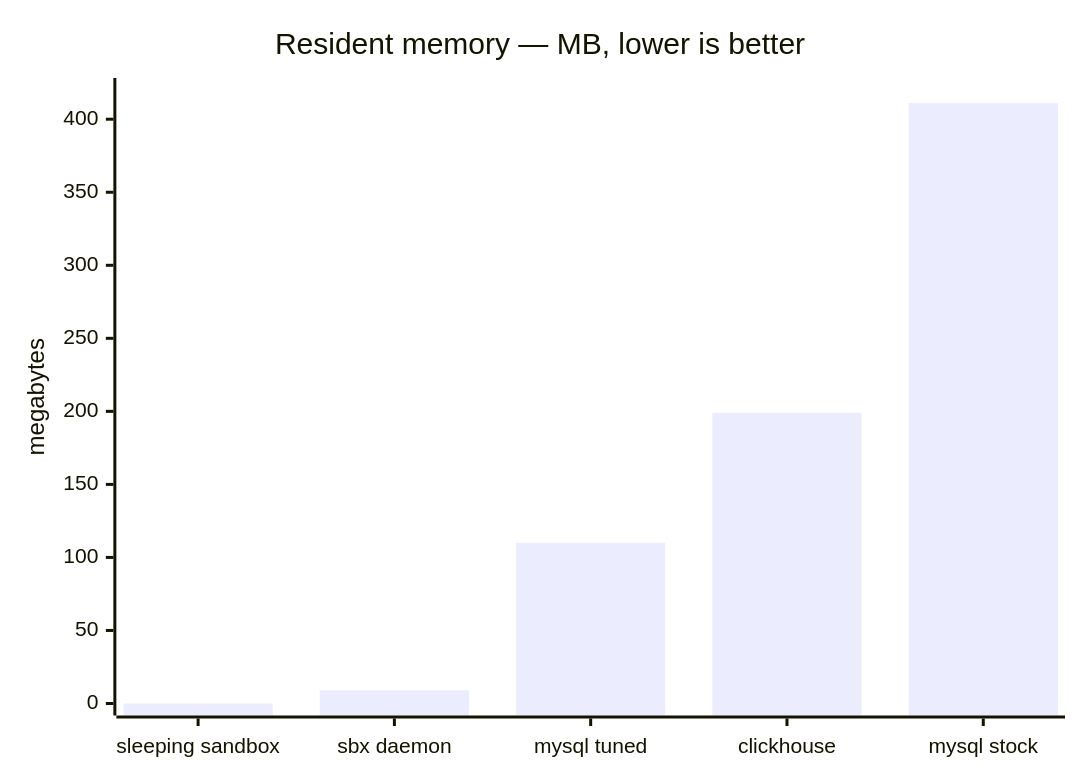
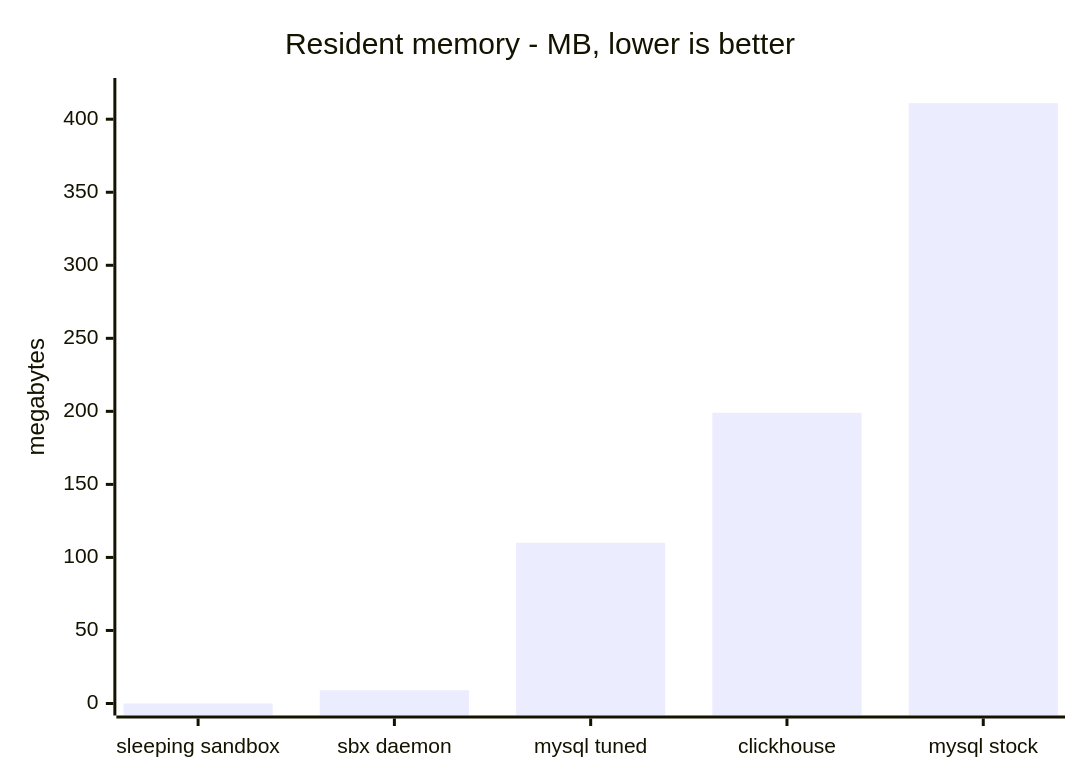
One commit to aryanmehrotra/sbx changed the fourth of 4 diagrams in README.md. Above: the diagram before and after it, drawn with Mermaid. The commit also changed other lines of this file and 102 other files, not shown here.

````diff
--- a/README.md
+++ b/README.md
@@ -275,7 +275,7 @@
 ```mermaid
 xychart-beta
-    title "Resident memory — MB, lower is better"
+    title "Resident memory - MB, lower is better"
     x-axis ["sleeping sandbox", "sbx daemon", "mysql tuned", "clickhouse", "mysql stock"]
     y-axis "megabytes" 0 --> 420
     bar [0, 9.1, 110, 199, 411]
 ```
````
